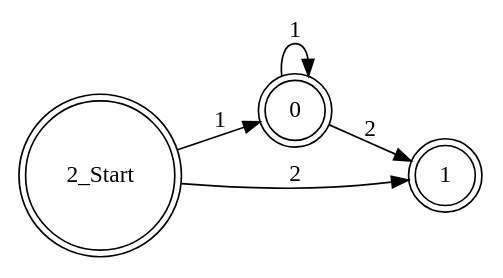
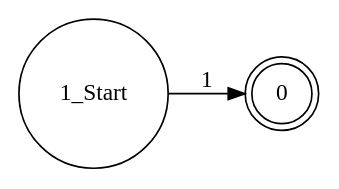
The diagram in src/Interpreter/data/lAtm_intersect_01.dot (vnmsklnk/Interpreter-RegEx), drawn with Graphviz before and after one commit. The commit also changed 9 other files, not shown here.

```diff
--- a/src/Interpreter/data/lAtm_intersect_01.dot
+++ b/src/Interpreter/data/lAtm_intersect_01.dot
@@ -1,17 +1,9 @@
 digraph nfa
 {
 rankdir = LR
 node [shape = circle];
-2[shape = circle, label = "2_Start"]
-0 -> 0 [label = "1"]
-
-0 -> 1 [label = "2"]
-
-2 -> 0 [label = "1"]
-
-2 -> 1 [label = "2"]
+1[shape = circle, label = "1_Start"]
+1 -> 0 [label = "1"]
 
 0[shape = doublecircle]
-1[shape = doublecircle]
-2[shape = doublecircle]
 }
```
